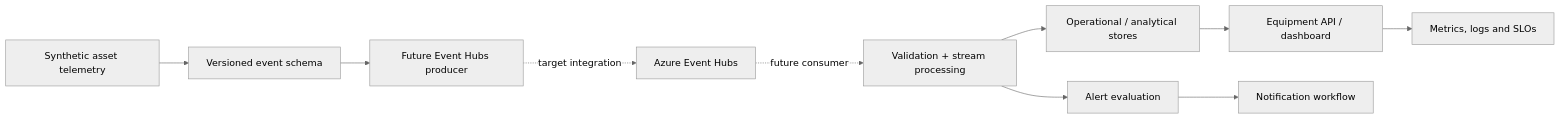
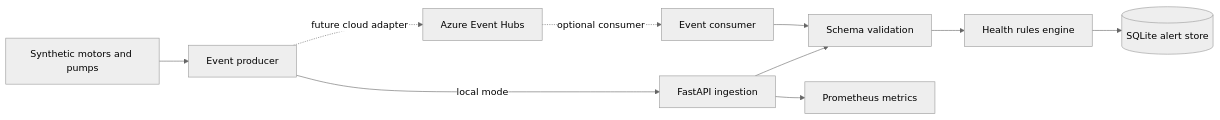
Before and after one commit to haqueamir70-coder/azure-industrial-iot-reliability-platform: the diagram in README.md, drawn with Mermaid (neutral theme). The commit also changed other lines of this file, not shown here.

Commit message:
Document implemented telemetry API and DevSecOps local lab

````diff
--- a/README.md
+++ b/README.md
@@ -33,12 +10,12 @@
 ```mermaid
 flowchart LR
-  Simulator[Synthetic asset telemetry] --> Contract[Versioned event schema]
-  Contract --> Adapter[Future Event Hubs producer]
-  Adapter -. target integration .-> EH[Azure Event Hubs]
-  EH -. future consumer .-> Processor[Validation + stream processing]
-  Processor --> Store[Operational / analytical stores]
-  Processor --> Alerts[Alert evaluation]
-  Store --> API[Equipment API / dashboard]
-  Alerts --> Notify[Notification workflow]
-  API --> Observe[Metrics, logs and SLOs]
+  Simulator[Synthetic motors and pumps] --> Producer[Event producer]
+  Producer -->|local mode| API[FastAPI ingestion]
+  Producer -. future cloud adapter .-> EH[Azure Event Hubs]
+  EH -. optional consumer .-> Consumer[Event consumer]
+  API --> Validate[Schema validation]
+  Consumer --> Validate
+  Validate --> Rules[Health rules engine]
+  Rules --> Store[(SQLite alert store)]
+  API --> Metrics[Prometheus metrics]
 ```
````
